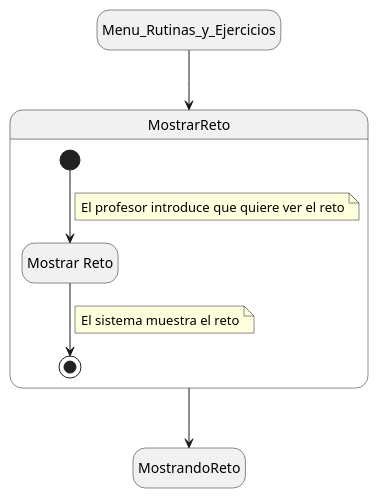
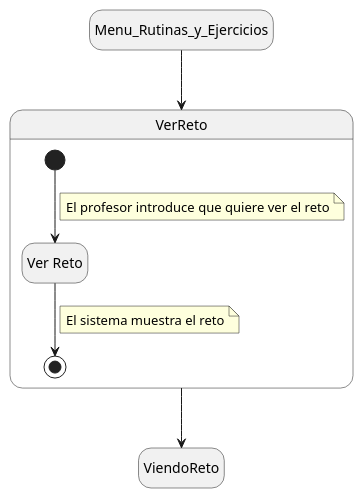
Before and after one commit to mmasias/24-25-IdSw1-SDR: the diagram in Documentos/DetallarCasosDeUso/Profesor/MostrarReto.puml, drawn with PlantUML.

```diff
--- a/Documentos/DetallarCasosDeUso/Profesor/MostrarReto.puml
+++ b/Documentos/DetallarCasosDeUso/Profesor/MostrarReto.puml
@@ -1,20 +1,20 @@
 @startuml
 
 hide empty description
 
 state Menu_Rutinas_y_Ejercicios
 
-state MostrarReto{
-    state VerReto as "Mostrar Reto"
-    [*] --> VerReto
+state VerReto{
+    state Ver as "Ver Reto"
+    [*] --> Ver
     note on link
         El profesor introduce que quiere ver el reto
     end note
-    VerReto --> [*]
+    Ver --> [*]
     note on link
         El sistema muestra el reto
     end note
 }
-Menu_Rutinas_y_Ejercicios --> MostrarReto
-MostrarReto --> MostrandoReto
+Menu_Rutinas_y_Ejercicios --> VerReto
+VerReto --> ViendoReto
 @enduml
```
